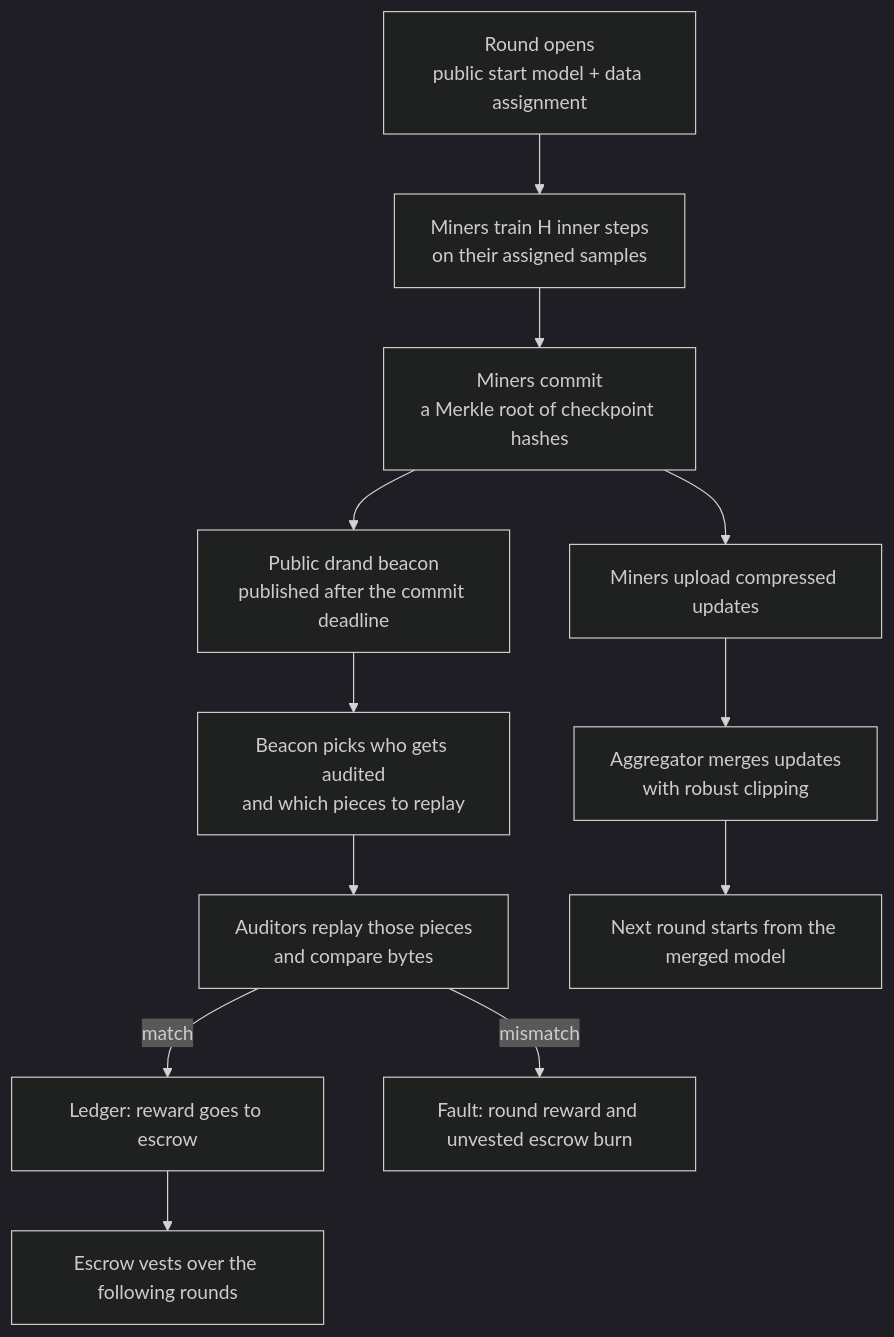
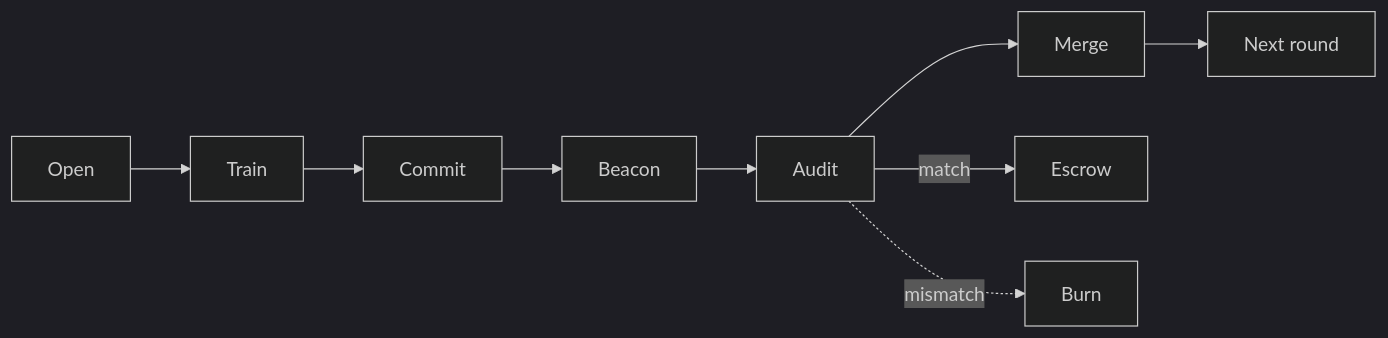
The first of 3 diagrams in README.md (CortexLM/hypertrain), drawn with Mermaid (dark theme) before and after one commit. The commit also changed other lines of this file and 1 other file, not shown here.

Commit message:
README: badges, research disclaimer, compact diagrams; publish.sh emptiness check

````diff
--- a/README.md
+++ b/README.md
@@ -44,14 +55,6 @@
 ```mermaid
-flowchart TD
-    A["Round opens<br/>public start model + data assignment"] --> B["Miners train H inner steps<br/>on their assigned samples"]
-    B --> C["Miners commit<br/>a Merkle root of checkpoint hashes"]
-    C --> D["Public drand beacon<br/>published after the commit deadline"]
-    D --> E["Beacon picks who gets audited<br/>and which pieces to replay"]
-    E --> F["Auditors replay those pieces<br/>and compare bytes"]
-    C --> G["Miners upload compressed updates"]
-    G --> H["Aggregator merges updates<br/>with robust clipping"]
-    F -->|match| I["Ledger: reward goes to escrow"]
-    F -->|mismatch| J["Fault: round reward and unvested escrow burn"]
-    H --> K["Next round starts from the merged model"]
-    I --> L["Escrow vests over the following rounds"]
+flowchart LR
+    A["Open"] --> B["Train"] --> C["Commit"] --> D["Beacon"] --> E["Audit"] --> F["Merge"] --> G["Next round"]
+    E -->|match| H["Escrow"]
+    E -.->|mismatch| I["Burn"]
 ```
````
